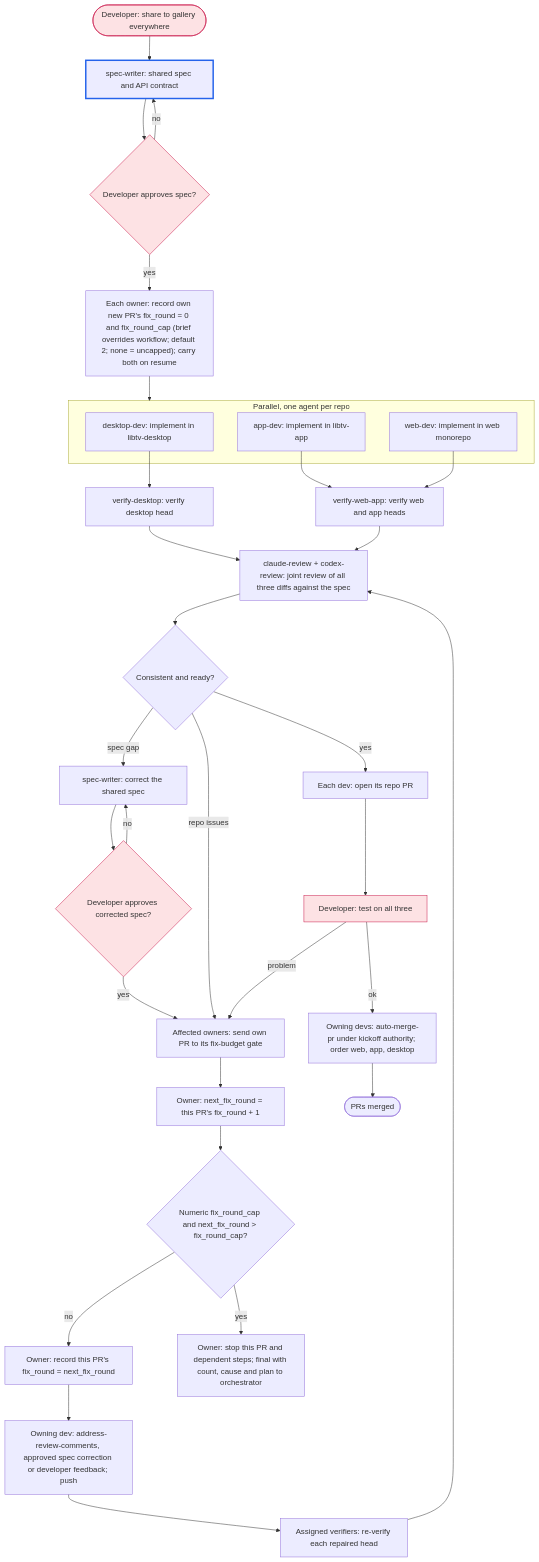
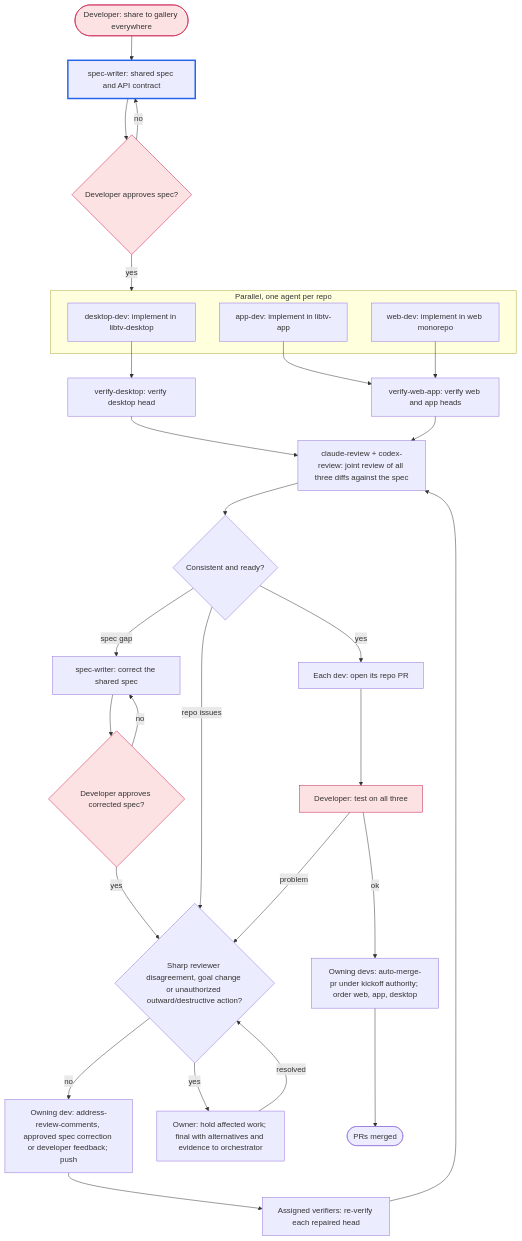
Before and after one commit to asura1234/bus: the diagram in workflows/cross-repo-feature.md, drawn with Mermaid. The commit also changed other lines of this file and 13 other files, not shown here.

````diff
--- a/workflows/cross-repo-feature.md
+++ b/workflows/cross-repo-feature.md
@@ -22,42 +22,39 @@
 ```mermaid
 flowchart TD
     start([Developer: share to gallery everywhere]):::developer --> spec
     spec[spec-writer: shared spec and API contract] --> agree{Developer approves spec?}:::developer
     agree -- no --> spec
-    agree -- yes --> initround["Each owner: record own new PR's fix_round = 0 and fix_round_cap (brief overrides workflow; default 2; none = uncapped); carry both on resume"]
-    initround --> build
+    agree -- yes --> build
 
     subgraph build [Parallel, one agent per repo]
         desktop[desktop-dev: implement in libtv-desktop]
         app[app-dev: implement in libtv-app]
         web[web-dev: implement in web monorepo]
     end
 
     desktop --> verifydesktop[verify-desktop: verify desktop head]
     app --> verifywebapp[verify-web-app: verify web and app heads]
     web --> verifywebapp
     verifydesktop --> joint[claude-review + codex-review: joint review of all three diffs against the spec]
     verifywebapp --> joint
     joint --> consistent{Consistent and ready?}
     consistent -- spec gap --> revisespec[spec-writer: correct the shared spec]
     revisespec --> reapprove{Developer approves corrected spec?}:::developer
     reapprove -- no --> revisespec
-    reapprove -- yes --> queuefix
-    consistent -- repo issues --> queuefix[Affected owners: send own PR to its fix-budget gate]
-    queuefix --> nextfix["Owner: next_fix_round = this PR's fix_round + 1"]
-    nextfix --> overbudget{"Numeric fix_round_cap and next_fix_round > fix_round_cap?"}
-    overbudget -- no --> countfix["Owner: record this PR's fix_round = next_fix_round"]
-    countfix --> fixes[Owning dev: address-review-comments, approved spec correction or developer feedback; push]
+    reapprove -- yes --> decision
+    consistent -- repo issues --> decision{"Sharp reviewer disagreement, goal change or unauthorized outward/destructive action?"}
+    decision -- no --> fixes[Owning dev: address-review-comments, approved spec correction or developer feedback; push]
     fixes --> reverify[Assigned verifiers: re-verify each repaired head]
     reverify --> joint
-    overbudget -- yes --> hold[Owner: stop this PR and dependent steps; final with count, cause and plan to orchestrator]
+    decision -- yes --> hold[Owner: hold affected work; final with alternatives and evidence to orchestrator]
+    hold -- resolved --> decision
     consistent -- yes --> prs[Each dev: open its repo PR]
     prs --> test[Developer: test on all three]:::developer
-    test -- problem --> queuefix
+    test -- problem --> decision
     test -- ok --> merge[Owning devs: auto-merge-pr under kickoff authority; order web, app, desktop]
     merge --> merged([PRs merged])
 
     classDef developer fill:#fde2e4,stroke:#c9184a
     classDef current stroke-width:3px,stroke:#2563eb
     class spec current
 ```
````
